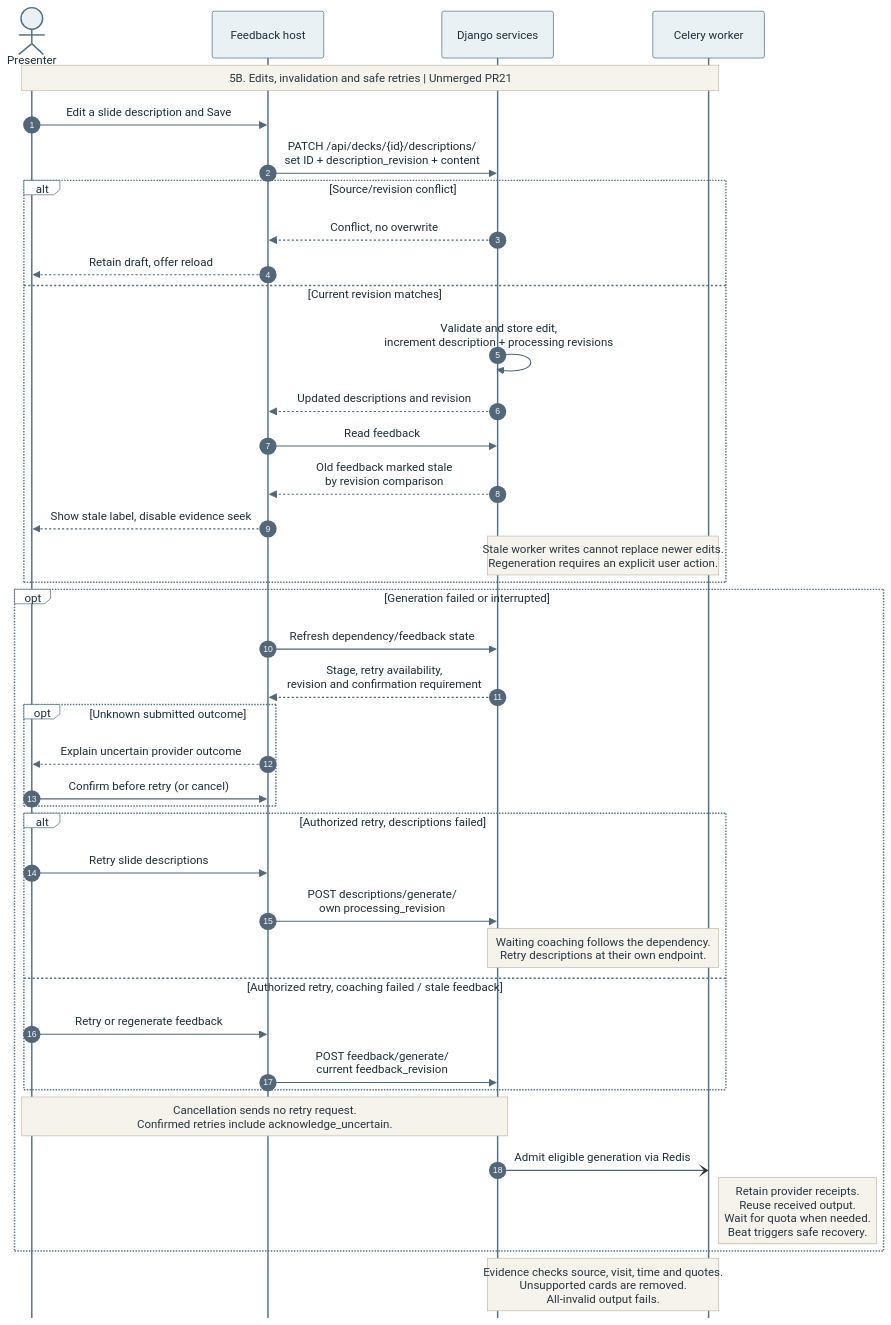
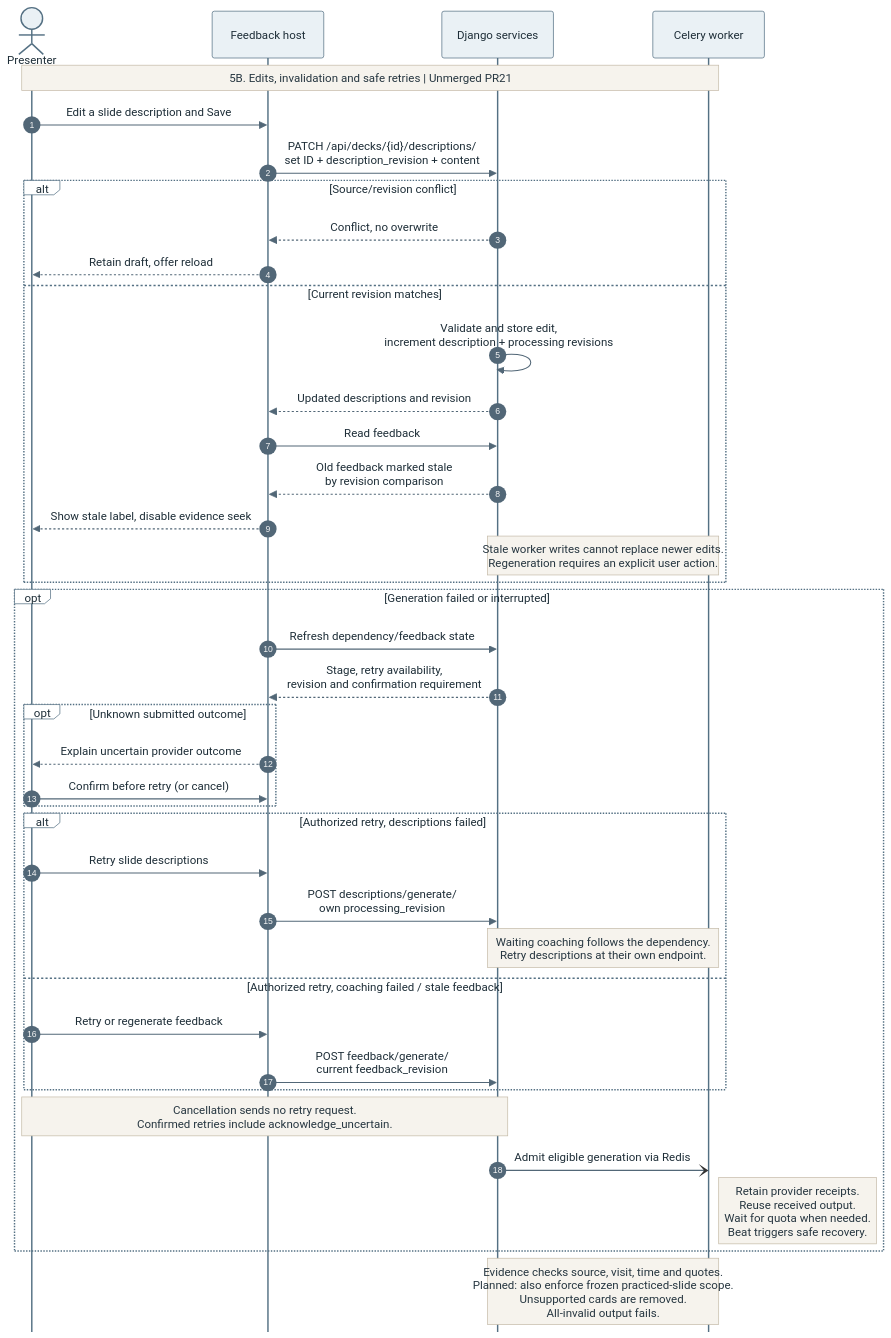
The diagram in assets/outloud-design/sources/figure-5b-recovery.mmd (snuhcs-course/swpp-2026-project-team-07), drawn with Mermaid before and after one commit. The commit also changed 68 other files, not shown here.

```diff
--- a/assets/outloud-design/sources/figure-5b-recovery.mmd
+++ b/assets/outloud-design/sources/figure-5b-recovery.mmd
@@ -1,41 +1,41 @@
 %%{init: {"theme": "base", "themeCSS": ".actor-line {stroke-dasharray: 5 5 !important;}", "themeVariables": {"fontFamily": "Arial", "fontSize": "16px", "actorBkg": "#eaf1f5", "actorBorder": "#547083", "actorTextColor": "#1e2e38", "signalColor": "#526777", "signalTextColor": "#1e2e38", "noteBkgColor": "#f6f3ed", "noteBorderColor": "#c6bcaa", "noteTextColor": "#263640", "labelBoxBkgColor": "#ffffff", "labelBoxBorderColor": "#547083"}, "sequence": {"useMaxWidth": false, "mirrorActors": false, "actorMargin": 28, "messageMargin": 16, "noteMargin": 8, "wrap": false, "width": 155}}}%%
 sequenceDiagram
  autonumber
  actor U as Presenter
  participant A as Feedback host
  participant API as Django services
  participant W as Celery worker
  Note over U,W: 5B. Edits, invalidation and safe retries | Unmerged PR21
  U->>A: Edit a slide description and Save
  A->>API: PATCH /api/decks/{id}/descriptions/<br/>set ID + description_revision + content
  alt Source/revision conflict
   API-->>A: Conflict, no overwrite
   A-->>U: Retain draft, offer reload
  else Current revision matches
   API->>API: Validate and store edit,<br/>increment description + processing revisions
   API-->>A: Updated descriptions and revision
   A->>API: Read feedback
   API-->>A: Old feedback marked stale<br/>by revision comparison
   A-->>U: Show stale label, disable evidence seek
   Note over API,W: Stale worker writes cannot replace newer edits.<br/>Regeneration requires an explicit user action.
  end
  opt Generation failed or interrupted
   A->>API: Refresh dependency/feedback state
   API-->>A: Stage, retry availability,<br/>revision and confirmation requirement
   opt Unknown submitted outcome
    A-->>U: Explain uncertain provider outcome
    U->>A: Confirm before retry (or cancel)
   end
   alt Authorized retry, descriptions failed
    U->>A: Retry slide descriptions
    A->>API: POST descriptions/generate/<br/>own processing_revision
    Note over API,W: Waiting coaching follows the dependency.<br/>Retry descriptions at their own endpoint.
   else Authorized retry, coaching failed / stale feedback
    U->>A: Retry or regenerate feedback
    A->>API: POST feedback/generate/<br/>current feedback_revision
   end
   Note over U,API: Cancellation sends no retry request.<br/>Confirmed retries include acknowledge_uncertain.
   API-)W: Admit eligible generation via Redis
   Note right of W: Retain provider receipts.<br/>Reuse received output.<br/>Wait for quota when needed.<br/>Beat triggers safe recovery.
  end
- Note over API,W: Evidence checks source, visit, time and quotes.<br/>Unsupported cards are removed.<br/>All-invalid output fails.
+ Note over API,W: Evidence checks source, visit, time and quotes.<br/>Planned: also enforce frozen practiced-slide scope.<br/>Unsupported cards are removed.<br/>All-invalid output fails.
```
